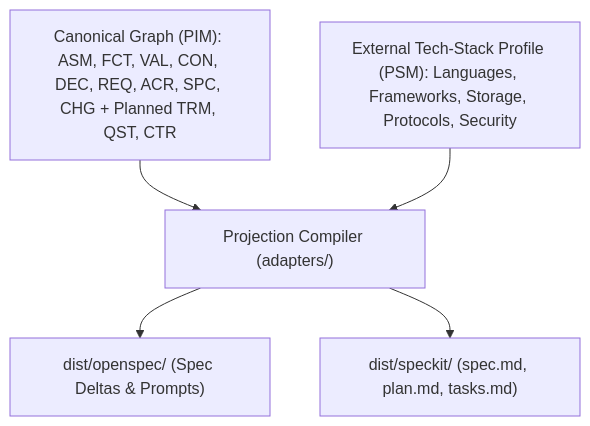
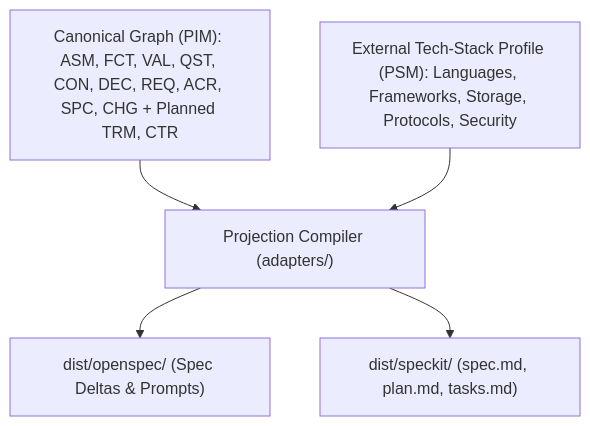
The diagram in docs/roadmap.md (jvanheerikhuize/asdlc-meta-specs), drawn with Mermaid before and after one commit. The commit also changed other lines of this file and 23 other files, not shown here.

Commit message:
feat(question): add QST-xxxx open question record type, capture pipeline, and graph/projection support

````diff
--- a/docs/roadmap.md
+++ b/docs/roadmap.md
@@ -20,13 +20,13 @@
 ```mermaid
 flowchart TD
-    PIM["Canonical Graph (PIM): ASM, FCT, VAL, CON, DEC, REQ, ACR, SPC, CHG + Planned TRM, QST, CTR"]
+    PIM["Canonical Graph (PIM): ASM, FCT, VAL, QST, CON, DEC, REQ, ACR, SPC, CHG + Planned TRM, CTR"]
     PSM["External Tech-Stack Profile (PSM): Languages, Frameworks, Storage, Protocols, Security"]
     COMP["Projection Compiler (adapters/)"]
     OS["dist/openspec/ (Spec Deltas & Prompts)"]
     SK["dist/speckit/ (spec.md, plan.md, tasks.md)"]
 
     PIM --> COMP
     PSM --> COMP
     COMP --> OS
     COMP --> SK
 ```
````
